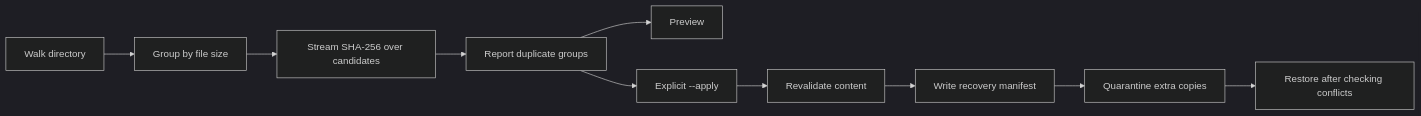
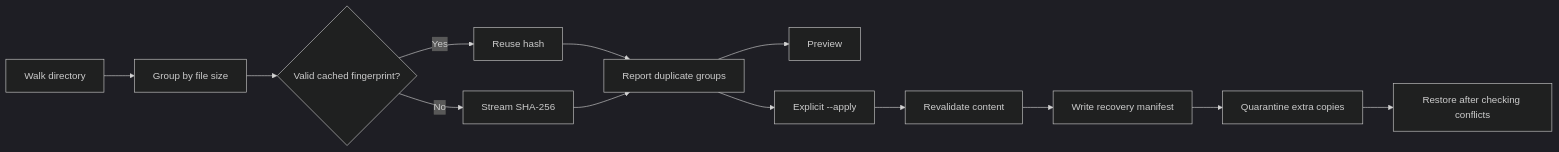
Before and after one commit to darshmahadevia/filekeeper: the diagram in README.md, drawn with Mermaid (dark theme). The commit also changed other lines of this file and 17 other files, not shown here.

````diff
--- a/README.md
+++ b/README.md
@@ -74,12 +77,15 @@
 ```mermaid
 flowchart LR
     A[Walk directory] --> B[Group by file size]
-    B --> C[Stream SHA-256 over candidates]
-    C --> D[Report duplicate groups]
+    B --> C{Valid cached fingerprint?}
+    C -->|Yes| K[Reuse hash]
+    C -->|No| L[Stream SHA-256]
+    K --> D[Report duplicate groups]
+    L --> D
     D --> E[Preview]
     D --> F[Explicit --apply]
     F --> G[Revalidate content]
     G --> H[Write recovery manifest]
     H --> I[Quarantine extra copies]
     I --> J[Restore after checking conflicts]
 ```
````
